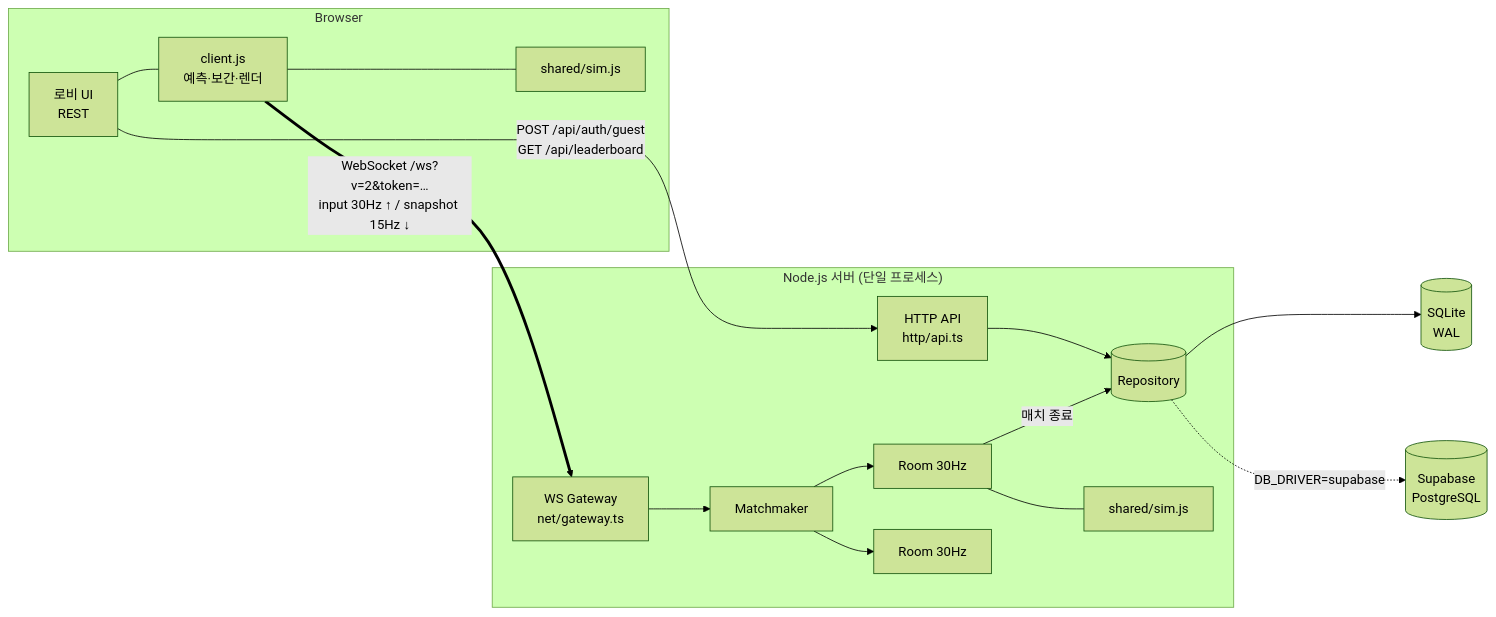
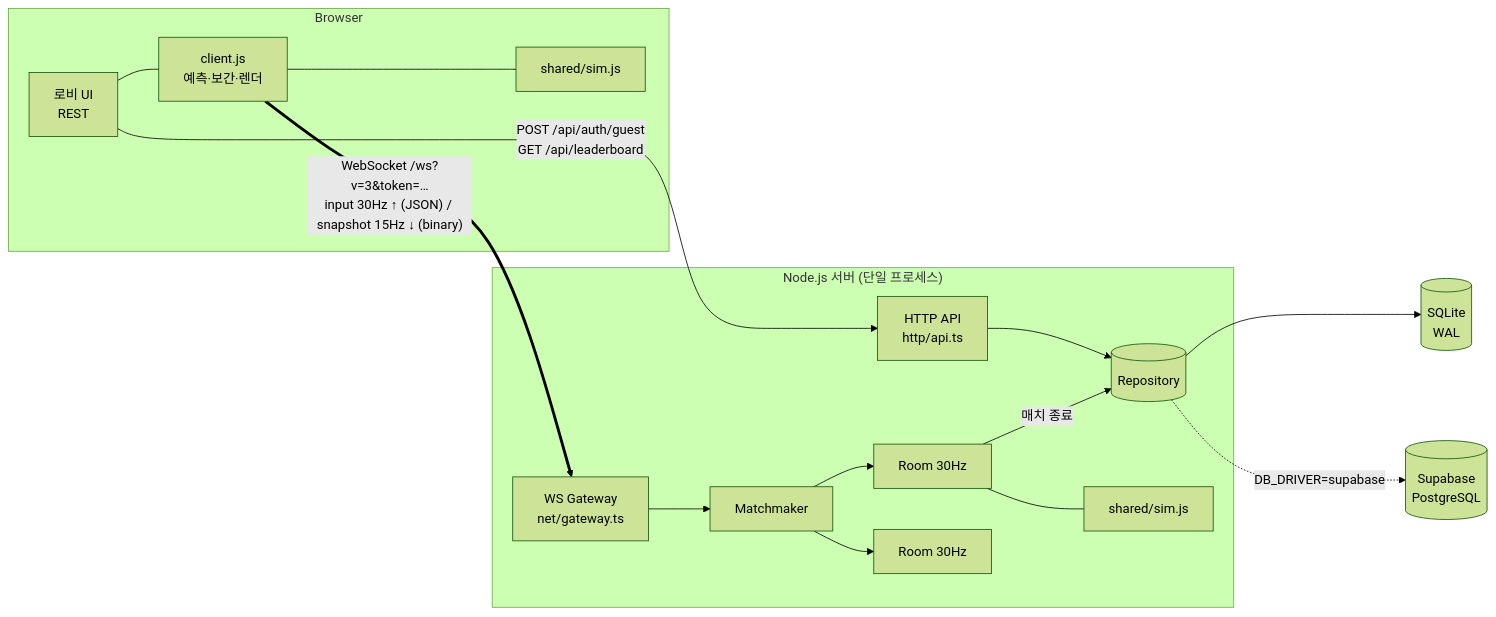
Before and after one commit to esin3329/orbit-arena-server: the first of 3 diagrams in README.md, drawn with Mermaid (forest theme). The commit also changed other lines of this file and 31 other files, not shown here.

First line of the commit message:
Binary snapshot protocol, idempotent Supabase persistence, SFX and assets

````diff
--- a/README.md
+++ b/README.md
@@ -41,22 +44,22 @@
 ```mermaid
 flowchart LR
   subgraph Browser
     UI[로비 UI<br/>REST] --- C[client.js<br/>예측·보간·렌더]
     C --- S1[shared/sim.js]
   end
 
   subgraph "Node.js 서버 (단일 프로세스)"
     H[HTTP API<br/>http/api.ts] --> R[(Repository)]
     G[WS Gateway<br/>net/gateway.ts] --> MM[Matchmaker]
     MM --> RM1[Room 30Hz]
     MM --> RM2[Room 30Hz]
     RM1 --- S2[shared/sim.js]
     RM1 -- 매치 종료 --> R
   end
 
   R --> SQ[(SQLite<br/>WAL)]
   R -.DB_DRIVER=supabase.-> SB[(Supabase<br/>PostgreSQL)]
 
   UI -- "POST /api/auth/guest<br/>GET /api/leaderboard" --> H
-  C == "WebSocket /ws?v=2&token=…<br/>input 30Hz ↑ / snapshot 15Hz ↓" ==> G
+  C == "WebSocket /ws?v=3&token=…<br/>input 30Hz ↑ (JSON) / snapshot 15Hz ↓ (binary)" ==> G
 ```
````
